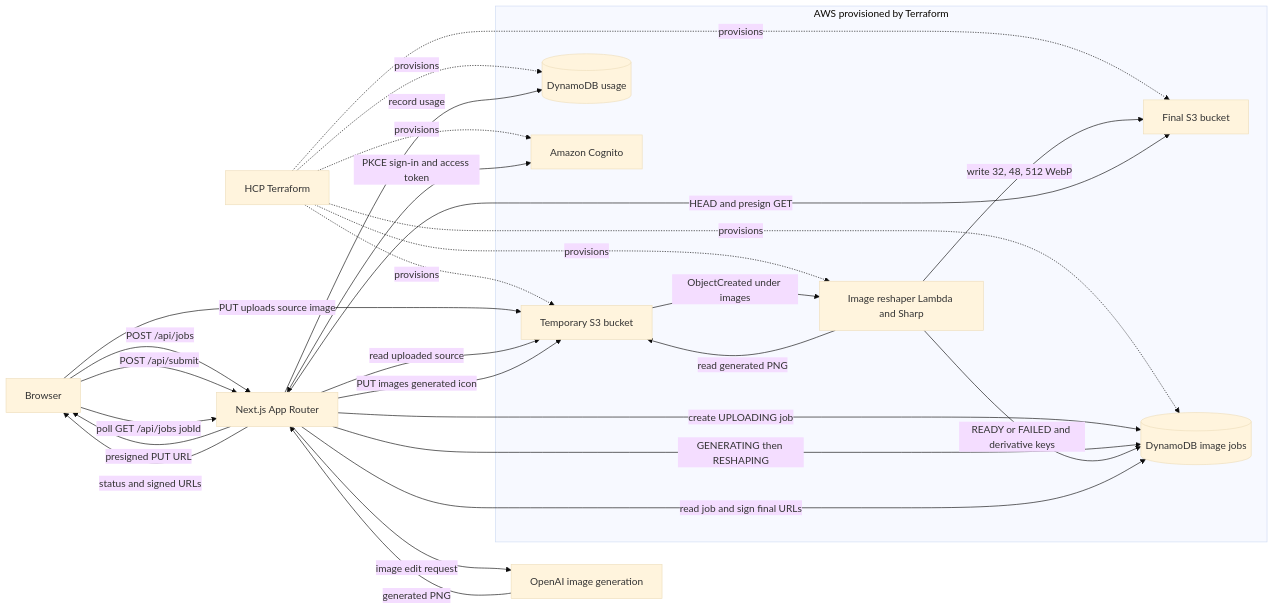
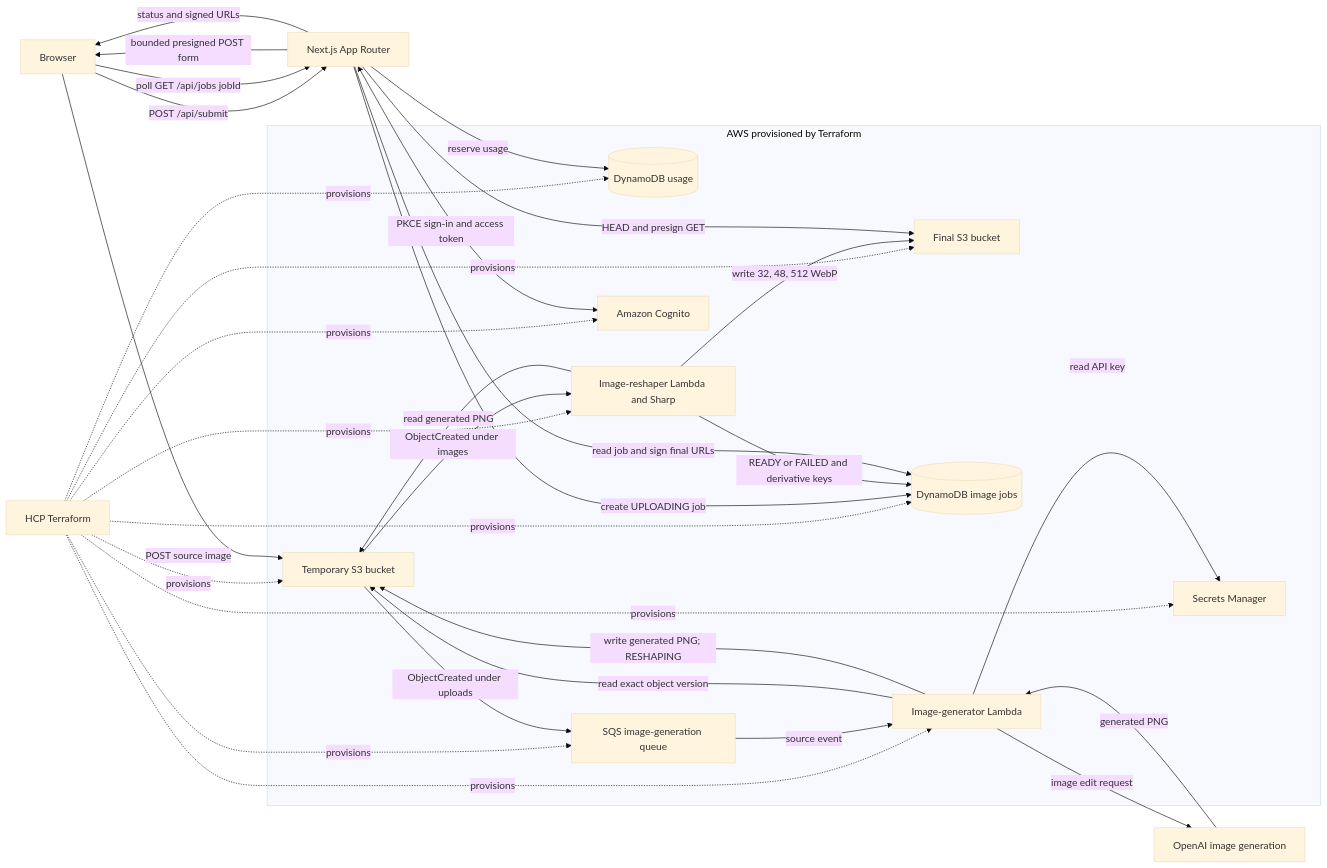
Before and after one commit to pwang1997/happy-holiday-icon: the diagram in README.md, drawn with Mermaid (base theme). The commit also changed other lines of this file and 21 other files, not shown here.

Commit message:
fix(upload): bound source image ingestion

````diff
--- a/README.md
+++ b/README.md
@@ -17,46 +17,53 @@
 ```mermaid
 flowchart LR
   Browser[Browser]
   Next[Next.js App Router]
   OpenAI[OpenAI image generation]
 
   subgraph AWS[AWS provisioned by Terraform]
     TemporaryS3[Temporary S3 bucket]
     FinalS3[Final S3 bucket]
     Jobs[(DynamoDB image jobs)]
     Usage[(DynamoDB usage)]
-    Lambda[Image reshaper Lambda and Sharp]
+  Queue[SQS image-generation queue]
+  Generator[Image-generator Lambda]
+  Reshaper[Image-reshaper Lambda and Sharp]
+  Secrets[Secrets Manager]
     Cognito[Amazon Cognito]
   end
 
   HCP[HCP Terraform] -. provisions .-> TemporaryS3
   HCP -. provisions .-> FinalS3
   HCP -. provisions .-> Jobs
   HCP -. provisions .-> Usage
-  HCP -. provisions .-> Lambda
+  HCP -. provisions .-> Queue
+  HCP -. provisions .-> Generator
+  HCP -. provisions .-> Reshaper
+  HCP -. provisions .-> Secrets
   HCP -. provisions .-> Cognito
-
-  Browser -->|POST /api/jobs| Next
-  Next -->|create UPLOADING job| Jobs
-  Next -->|presigned PUT URL| Browser
-  Browser -->|PUT uploads source image| TemporaryS3
 
   Browser -->|POST /api/submit| Next
   Next <-->|PKCE sign-in and access token| Cognito
-  Next -->|record usage| Usage
-  Next -->|read uploaded source| TemporaryS3
-  Next -->|image edit request| OpenAI
-  OpenAI -->|generated PNG| Next
-  Next -->|PUT images generated icon| TemporaryS3
-  Next -->|GENERATING then RESHAPING| Jobs
+  Next -->|reserve usage| Usage
+  Next -->|create UPLOADING job| Jobs
+  Next -->|bounded presigned POST form| Browser
+  Browser -->|POST source image| TemporaryS3
 
-  TemporaryS3 -->|ObjectCreated under images| Lambda
-  Lambda -->|read generated PNG| TemporaryS3
-  Lambda -->|write 32, 48, 512 WebP| FinalS3
-  Lambda -->|READY or FAILED and derivative keys| Jobs
+  TemporaryS3 -->|ObjectCreated under uploads| Queue
+  Queue -->|source event| Generator
+  Generator -->|read exact object version| TemporaryS3
+  Generator -->|read API key| Secrets
+  Generator -->|image edit request| OpenAI
+  OpenAI -->|generated PNG| Generator
+  Generator -->|write generated PNG; RESHAPING| TemporaryS3
+
+  TemporaryS3 -->|ObjectCreated under images| Reshaper
+  Reshaper -->|read generated PNG| TemporaryS3
+  Reshaper -->|write 32, 48, 512 WebP| FinalS3
+  Reshaper -->|READY or FAILED and derivative keys| Jobs
 
   Browser -->|poll GET /api/jobs jobId| Next
   Next -->|read job and sign final URLs| Jobs
   Next -->|HEAD and presign GET| FinalS3
   Next -->|status and signed URLs| Browser
 ```
````
